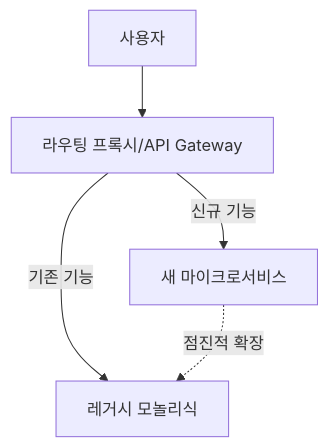
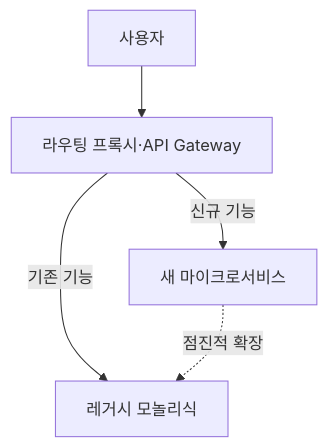
One commit to cloudpickr/cloudpick-docs changed the second of 3 diagrams in src/content/docs/ko/compute/modernization.md. Above: the diagram before and after it, drawn with Mermaid. The commit also changed 29 other files, not shown here.

First line of the commit message:
fix: Mermaid 전수조사 — 노드 라벨 슬래시 13건 수정 (ko/en/ja)

````diff
--- a/src/content/docs/ko/compute/modernization.md
+++ b/src/content/docs/ko/compute/modernization.md
@@ -86,7 +86,7 @@
 ```mermaid
 graph TD
-    U[사용자] --> P[라우팅 프록시/API Gateway]
+    U[사용자] --> P[라우팅 프록시·API Gateway]
     P -->|신규 기능| N[새 마이크로서비스]
     P -->|기존 기능| L[레거시 모놀리식]
     N -.점진적 확장.-> L
 ```
````
